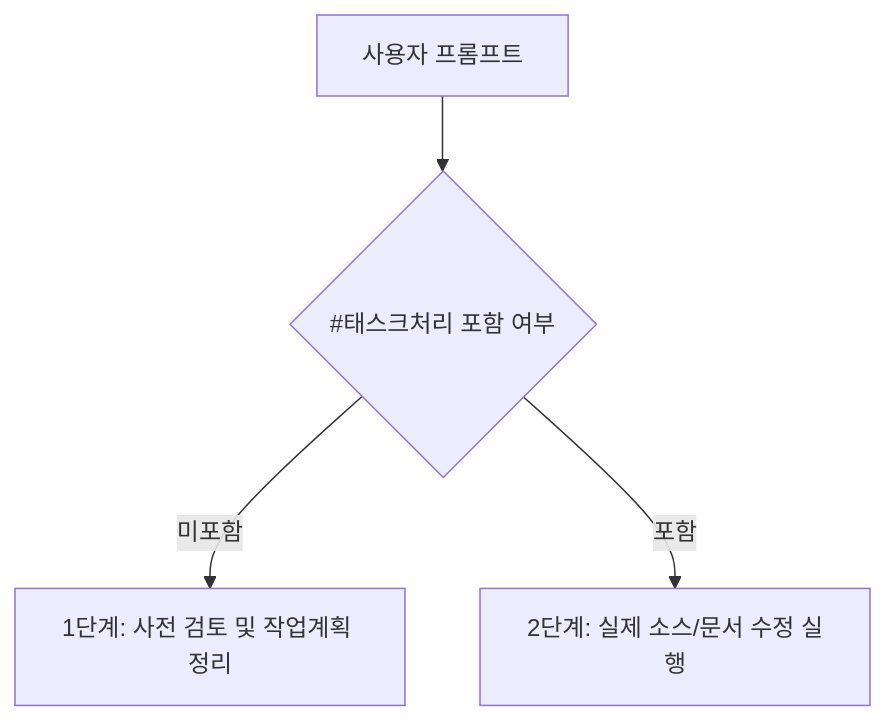
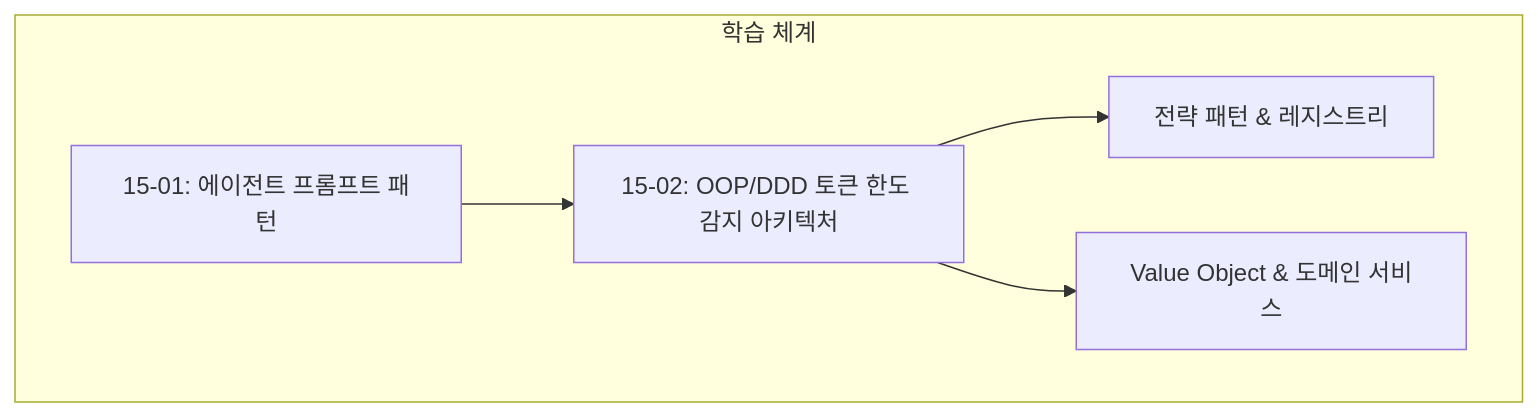
The diagram in docs/15.학습/README_학습.md (jkoogit/purePDFrend), drawn with Mermaid before and after one commit. The commit also changed other lines of this file and 35 other files, not shown here.

````diff
--- a/docs/15.학습/README_학습.md
+++ b/docs/15.학습/README_학습.md
@@ -11,6 +12,8 @@
 ```mermaid
 graph TD
-    Prompt[사용자 프롬프트] --> Check{#태스크처리 포함 여부}
-    Check -- 미포함 --> Plan[1단계: 사전 검토 및 작업계획 정리]
-    Check -- 포함 --> Exec[2단계: 실제 소스/문서 수정 실행]
+    subgraph 학습 체계
+        L1[15-01: 에이전트 프롬프트 패턴] --> L2[15-02: OOP/DDD 토큰 한도 감지 아키텍처]
+        L2 --> Strategy[전략 패턴 & 레지스트리]
+        L2 --> DDD[Value Object & 도메인 서비스]
+    end
 ```
````
